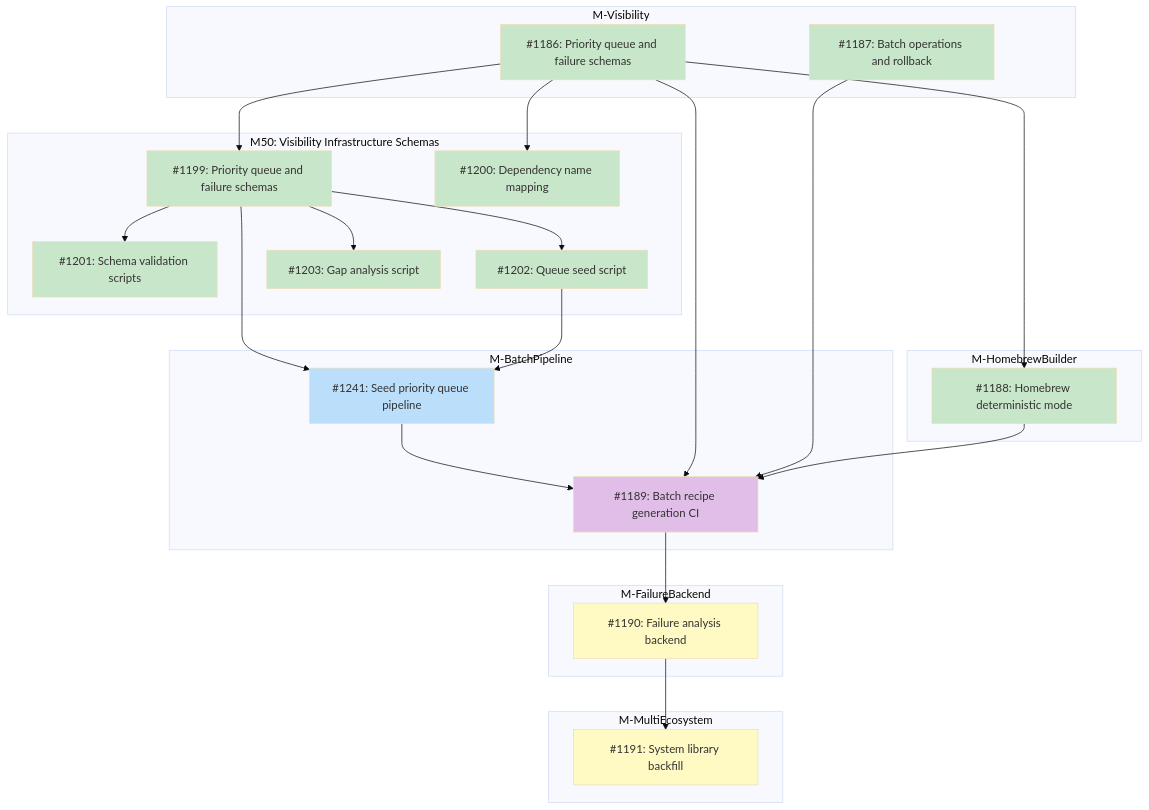
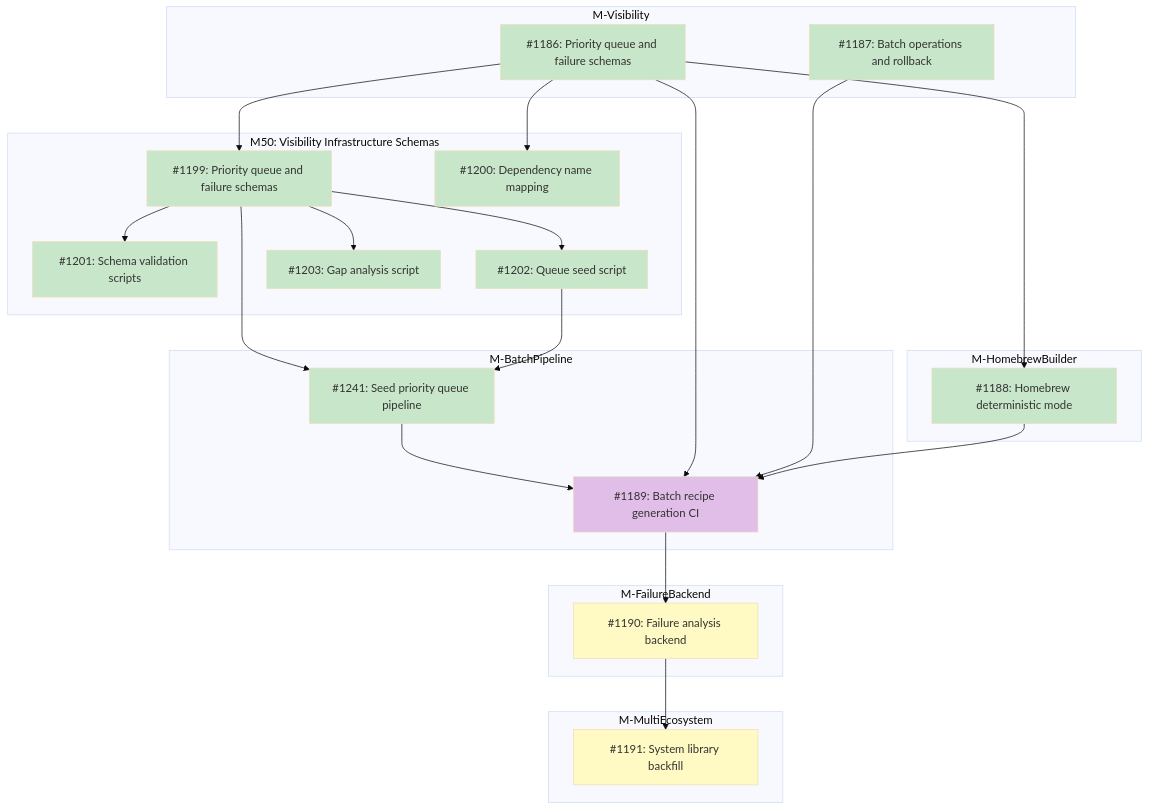
One commit to tsukumogami/tsuku changed the diagram in docs/designs/DESIGN-registry-scale-strategy.md. Above: the diagram before and after it, drawn with Mermaid (base theme). The commit also changed other lines of this file, not shown here.

First line of the commit message:
docs: mark #1241 as done in parent design diagram and table

````diff
--- a/docs/designs/DESIGN-registry-scale-strategy.md
+++ b/docs/designs/DESIGN-registry-scale-strategy.md
@@ -68,63 +68,63 @@
 ```mermaid
 graph TD
     subgraph M_Visibility["M-Visibility"]
         I1186["#1186: Priority queue and failure schemas"]
         I1187["#1187: Batch operations and rollback"]
     end
 
     subgraph M50["M50: Visibility Infrastructure Schemas"]
         I1199["#1199: Priority queue and failure schemas"]
         I1200["#1200: Dependency name mapping"]
         I1201["#1201: Schema validation scripts"]
         I1202["#1202: Queue seed script"]
         I1203["#1203: Gap analysis script"]
     end
 
     subgraph M_HomebrewBuilder["M-HomebrewBuilder"]
         I1188["#1188: Homebrew deterministic mode"]
     end
 
     subgraph M_BatchPipeline["M-BatchPipeline"]
         I1241["#1241: Seed priority queue pipeline"]
         I1189["#1189: Batch recipe generation CI"]
     end
 
     subgraph M_FailureBackend["M-FailureBackend"]
         I1190["#1190: Failure analysis backend"]
     end
 
     subgraph M_MultiEcosystem["M-MultiEcosystem"]
         I1191["#1191: System library backfill"]
     end
 
     I1186 --> I1199
     I1186 --> I1200
     I1199 --> I1201
     I1199 --> I1202
     I1199 --> I1203
     I1199 --> I1241
     I1202 --> I1241
     I1186 --> I1188
     I1241 --> I1189
     I1186 --> I1189
     I1187 --> I1189
     I1188 --> I1189
     I1189 --> I1190
     I1190 --> I1191
 
     classDef done fill:#c8e6c9
     classDef ready fill:#bbdefb
     classDef blocked fill:#fff9c4
     classDef needsDesign fill:#e1bee7
 
     class I1186,I1187 done
     class I1200 done
     class I1199 done
     class I1188 done
     class I1201 done
     class I1202 done
     class I1203 done
-    class I1241 ready
+    class I1241 done
     class I1189 needsDesign
     class I1190,I1191 blocked
 ```
````
